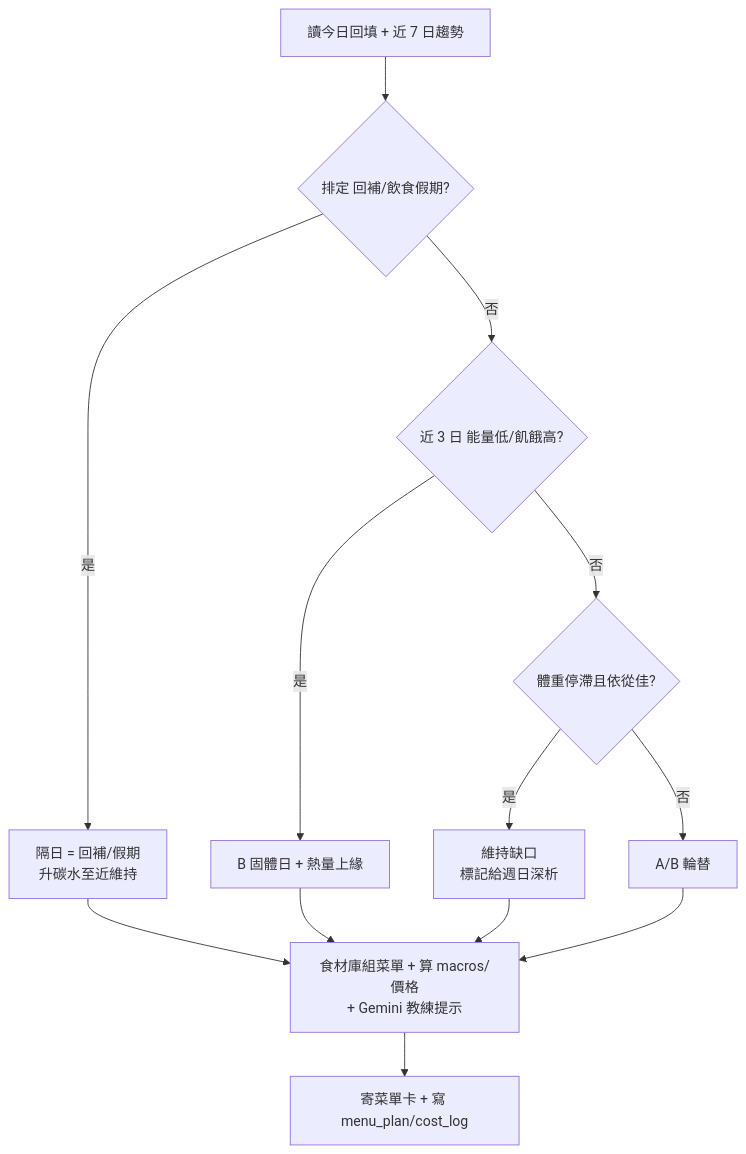
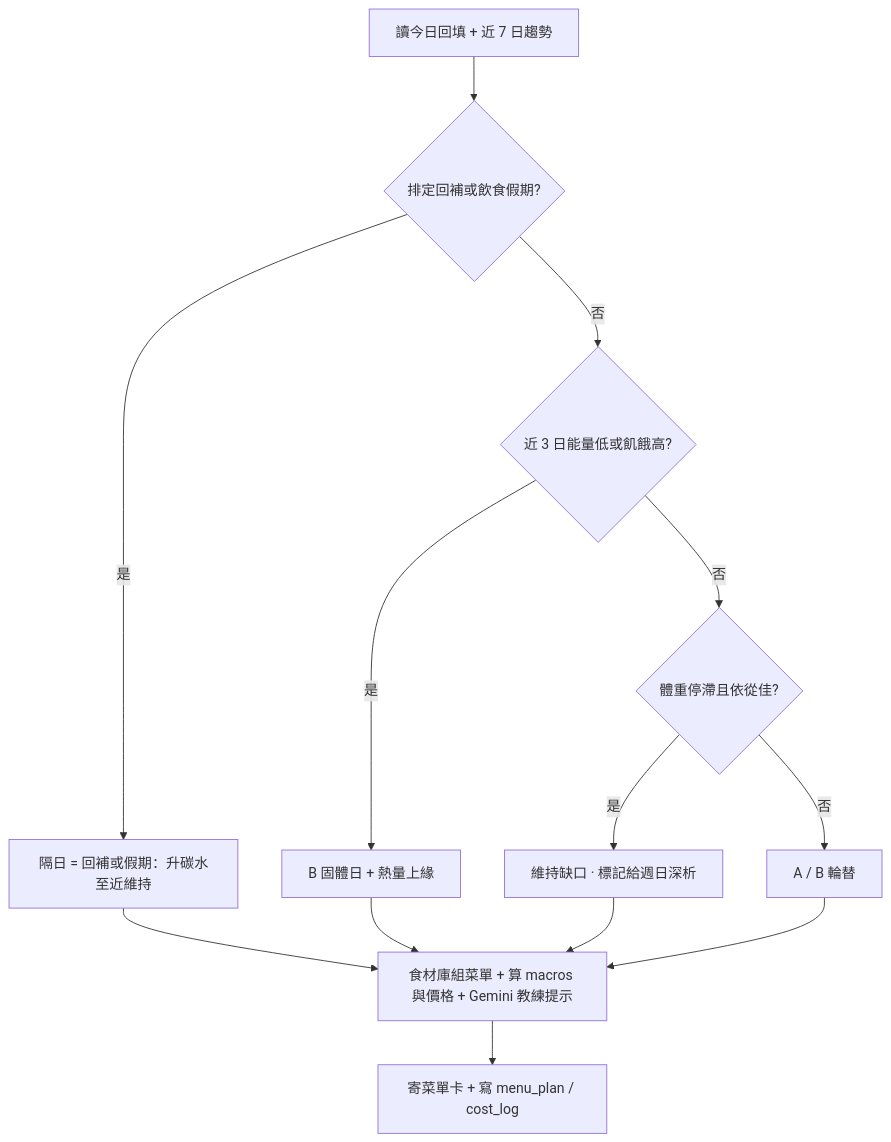
Before and after one commit to Lee-unhn/psmf-coach: the second of 4 diagrams in README.md, drawn with Mermaid. The commit also changed other lines of this file and 1 other file, not shown here.

Commit message:
docs: author 改 Leeunhn + README 架構圖標籤加引號(GitHub 渲染) + 加 DB schema 圖

````diff
--- a/README.md
+++ b/README.md
@@ -59,12 +68,15 @@
 ```mermaid
 flowchart TD
-  S[讀今日回填 + 近 7 日趨勢] --> R1{排定 回補/飲食假期?}
-  R1 -- 是 --> RF[隔日 = 回補/假期<br>升碳水至近維持]
-  R1 -- 否 --> R2{近 3 日 能量低/飢餓高?}
-  R2 -- 是 --> B[B 固體日 + 熱量上緣]
-  R2 -- 否 --> R3{體重停滯且依從佳?}
-  R3 -- 是 --> H[維持缺口<br>標記給週日深析]
-  R3 -- 否 --> RT[A/B 輪替]
-  RF & B & H & RT --> G[食材庫組菜單 + 算 macros/價格<br>+ Gemini 教練提示]
-  G --> E[寄菜單卡 + 寫 menu_plan/cost_log]
+  S["讀今日回填 + 近 7 日趨勢"] --> R1{"排定回補或飲食假期?"}
+  R1 -- 是 --> RF["隔日 = 回補或假期：升碳水至近維持"]
+  R1 -- 否 --> R2{"近 3 日能量低或飢餓高?"}
+  R2 -- 是 --> B["B 固體日 + 熱量上緣"]
+  R2 -- 否 --> R3{"體重停滯且依從佳?"}
+  R3 -- 是 --> H["維持缺口 · 標記給週日深析"]
+  R3 -- 否 --> RT["A / B 輪替"]
+  RF --> G
+  B --> G
+  H --> G
+  RT --> G["食材庫組菜單 + 算 macros 與價格 + Gemini 教練提示"]
+  G --> E["寄菜單卡 + 寫 menu_plan / cost_log"]
 ```
````
